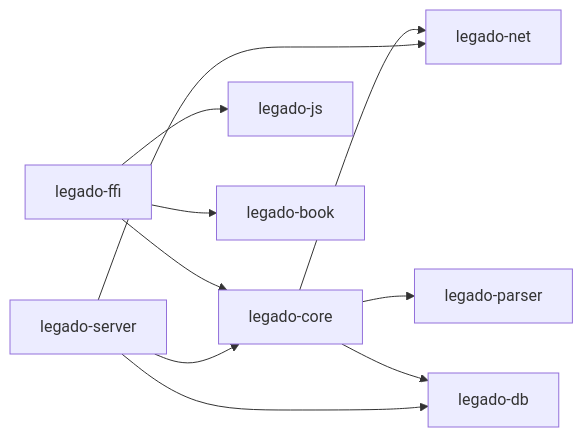
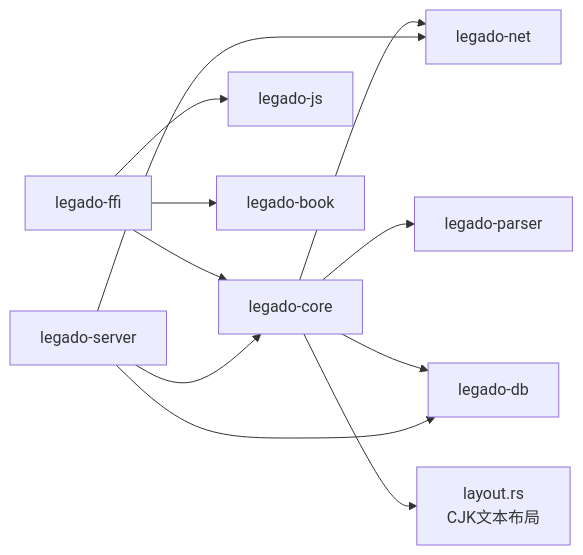
Before and after one commit to ZhangGHGitHub/LegadoTeamFlutter: the fifth of 6 diagrams in .qoder/repowiki/zh/content/开发指南/项目结构/Rust核心库结构.md, drawn with Mermaid. The commit also changed other lines of this file and 66 other files, not shown here.

````diff
--- a/.qoder/repowiki/zh/content/开发指南/项目结构/Rust核心库结构.md
+++ b/.qoder/repowiki/zh/content/开发指南/项目结构/Rust核心库结构.md
@@ -233,12 +251,13 @@
 ```mermaid
 graph LR
 FFI["legado-ffi"] --> CORE["legado-core"]
 CORE --> NET["legado-net"]
 CORE --> PARSER["legado-parser"]
 CORE --> DB["legado-db"]
+CORE --> LAYOUT["layout.rs<br/>CJK文本布局"]
 FFI --> JS["legado-js"]
 FFI --> BOOK["legado-book"]
 SERVER["legado-server"] --> CORE
 SERVER --> DB
 SERVER --> NET
 ```
````
